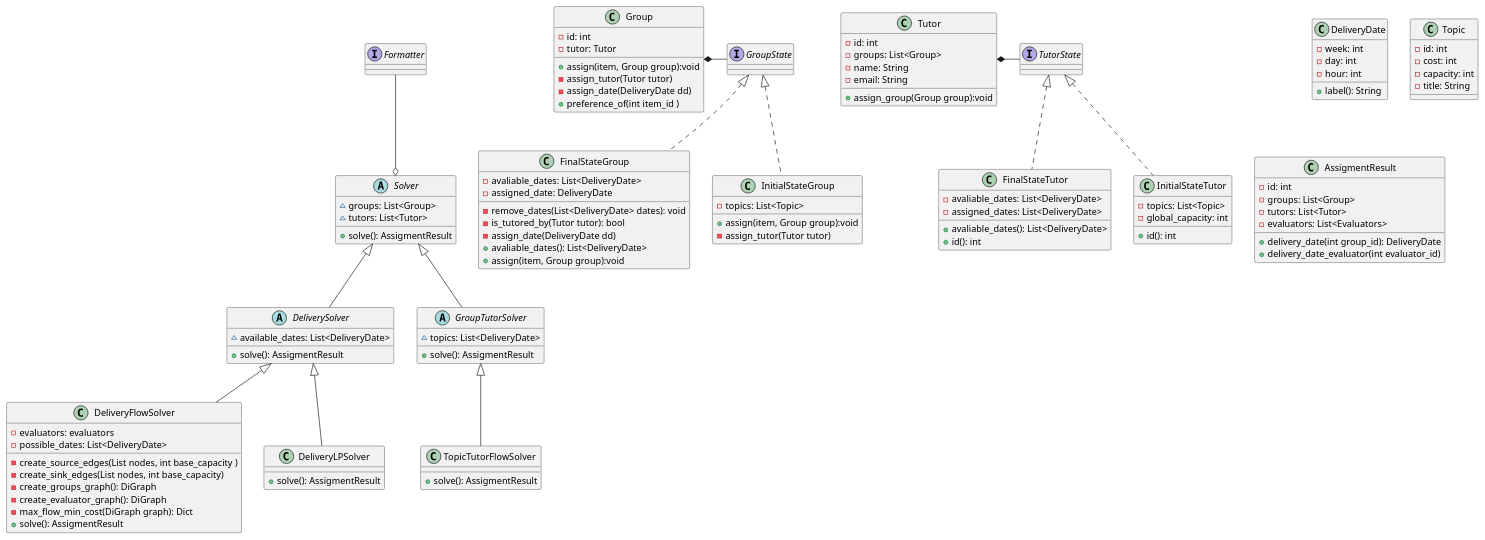
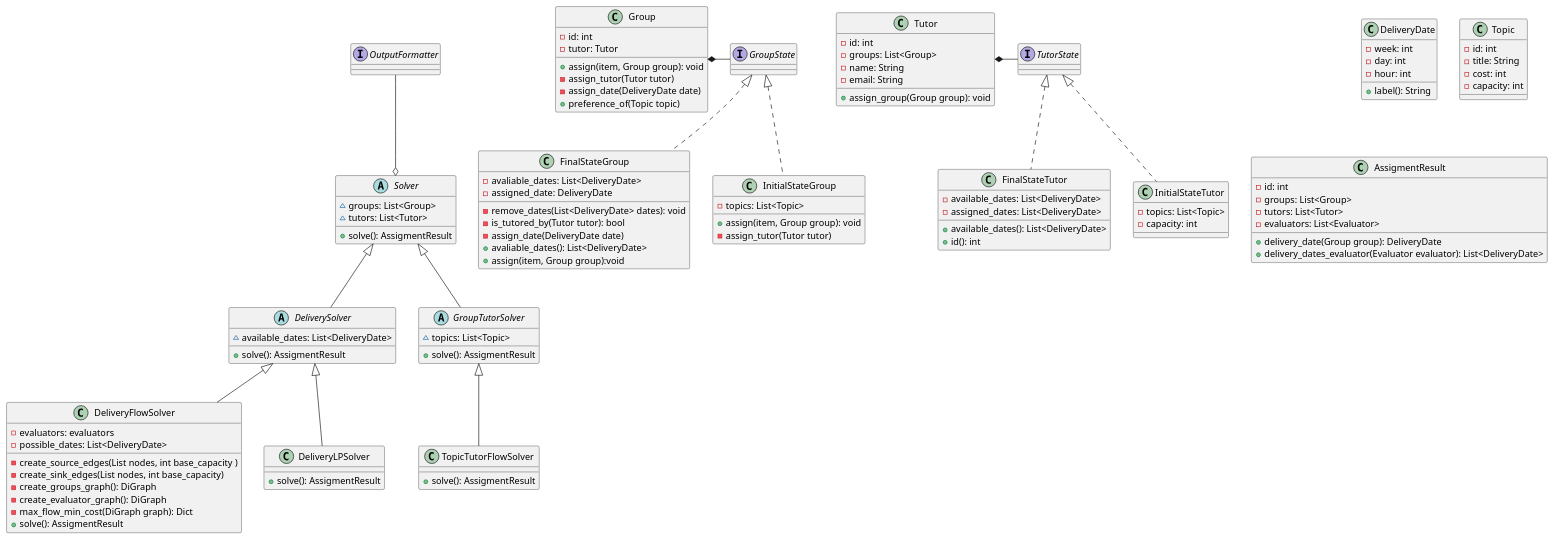
The diagram in profile/possible_design.md (trabajo-profesional-fiuba/.github), drawn with PlantUML before and after one commit. The commit also changed other lines of this file, not shown here.

```diff
--- a/profile/possible_design.md
+++ b/profile/possible_design.md
@@ -21,13 +21,13 @@
 }
 
 abstract class GroupTutorSolver extends Solver{
-~ topics: List<DeliveryDate>
+~ topics: List<Topic>
 + solve(): AssigmentResult
 }
 
-interface Formatter {}
+interface OutputFormatter {}
 
-Solver o-up-Formatter
+Solver o-up-OutputFormatter
 
 class DeliveryFlowSolver extends DeliverySolver{
 - evaluators: evaluators
@@ -52,10 +52,10 @@
 class Group {
 - id: int
 - tutor: Tutor
-+ assign(item, Group group):void
++ assign(item, Group group): void
 - assign_tutor(Tutor tutor)
-- assign_date(DeliveryDate dd)
-+ preference_of(int item_id )
+- assign_date(DeliveryDate date)
++ preference_of(Topic topic)
 }
 
 class Tutor{
@@ -63,7 +63,7 @@
 - groups: List<Group>
 - name: String
 - email: String
-+ assign_group(Group group):void
++ assign_group(Group group): void
 }
 
 interface TutorState{}
@@ -76,7 +76,7 @@
 - assigned_date: DeliveryDate
 - remove_dates(List<DeliveryDate> dates): void
 - is_tutored_by(Tutor tutor): bool
-- assign_date(DeliveryDate dd)
+- assign_date(DeliveryDate date)
 + avaliable_dates(): List<DeliveryDate>
 + assign(item, Group group):void
 
@@ -84,22 +84,20 @@
 
 class InitialStateGroup implements GroupState{
 - topics: List<Topic>
-+ assign(item, Group group):void
++ assign(item, Group group): void
 - assign_tutor(Tutor tutor)
 }
 
 class FinalStateTutor implements TutorState{
-- avaliable_dates: List<DeliveryDate>
+- available_dates: List<DeliveryDate>
 - assigned_dates: List<DeliveryDate>
-+ avaliable_dates(): List<DeliveryDate>
++ available_dates(): List<DeliveryDate>
 + id(): int
 }
 
 class InitialStateTutor implements TutorState{
 - topics: List<Topic>
-- global_capacity: int
-
-+ id(): int
+- capacity: int
 }
 
 class DeliveryDate{
@@ -112,22 +110,20 @@
 
 class Topic{
 - id: int
+- title: String
 - cost: int
 - capacity: int
-- title: String
 }
 
-class AssigmentResult{
+class AssigmentResult {
 - id: int
 - groups: List<Group>
 - tutors: List<Tutor>
-- evaluators: List<Evaluators>
+- evaluators: List<Evaluator>
 
-+ delivery_date(int group_id): DeliveryDate
-+ delivery_date_evaluator(int evaluator_id)
++ delivery_date(Group group): DeliveryDate
++ delivery_dates_evaluator(Evaluator evaluator): List<DeliveryDate>
 }
-
-
 
 Tutor *-right- TutorState
 
```
